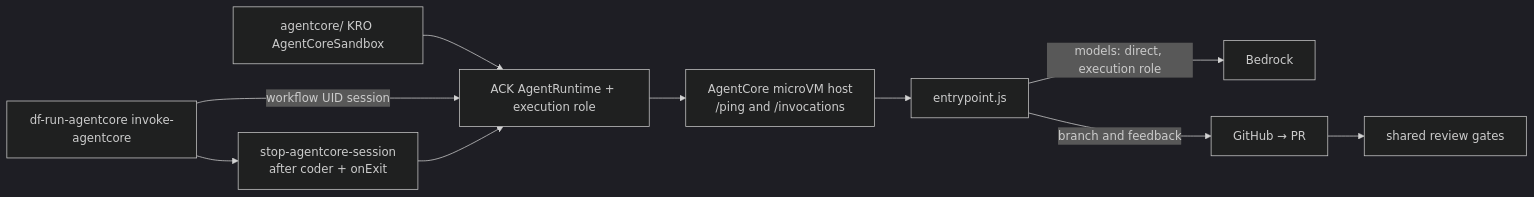
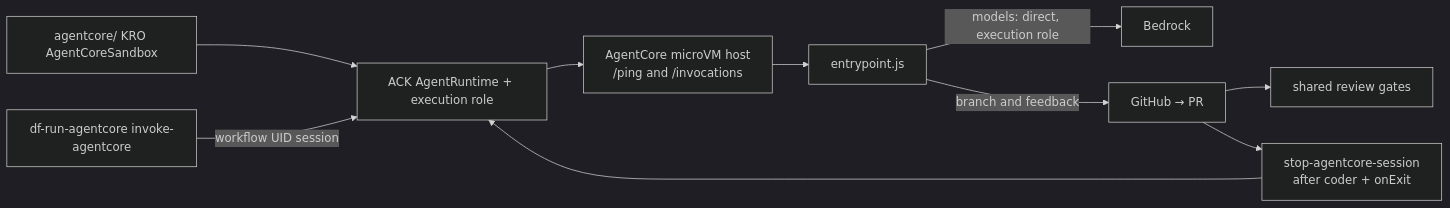
The fourth of 6 diagrams in docs/DIAGRAMS.md (5herlocked/agent-sandbox-blueprints), drawn with Mermaid (dark theme) before and after one commit. The commit also changed other lines of this file and 13 other files, not shown here.

````diff
--- a/docs/DIAGRAMS.md
+++ b/docs/DIAGRAMS.md
@@ -84,12 +84,12 @@
 ```mermaid
 flowchart LR
     KRO["agentcore/ KRO AgentCoreSandbox"] --> ACK["ACK AgentRuntime + execution role"]
     INV["df-run-agentcore invoke-agentcore"] -->|"workflow UID session"| ACK
     ACK --> HOST["AgentCore microVM host<br/>/ping and /invocations"]
     HOST --> CODE["entrypoint.js"]
     CODE -->|"models: direct, execution role"| BED["Bedrock"]
     CODE -->|"branch and feedback"| GH["GitHub → PR"]
     GH --> GATES["shared review gates"]
-    INV --> STOP["stop-agentcore-session<br/>after coder + onExit"]
+    GH --> STOP["stop-agentcore-session<br/>after coder + onExit"]
     STOP --> ACK
 ```
````
